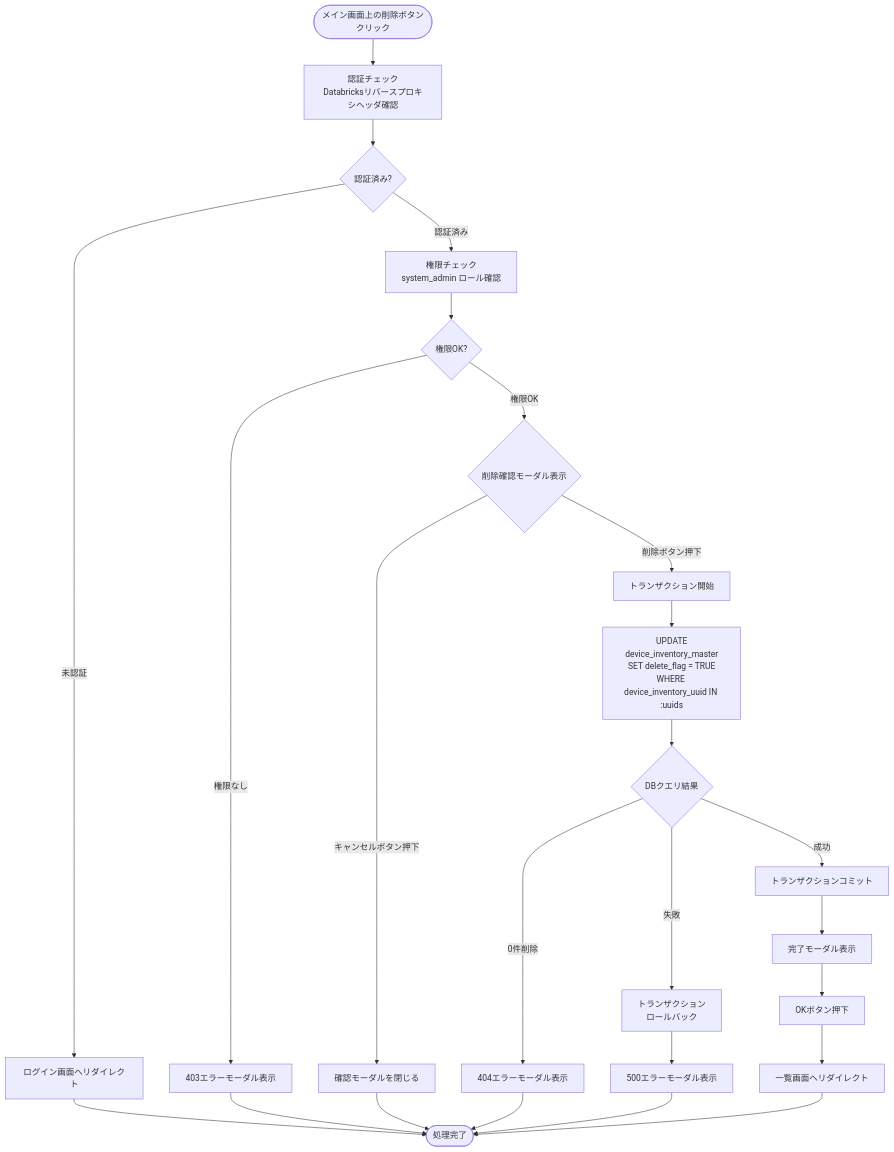
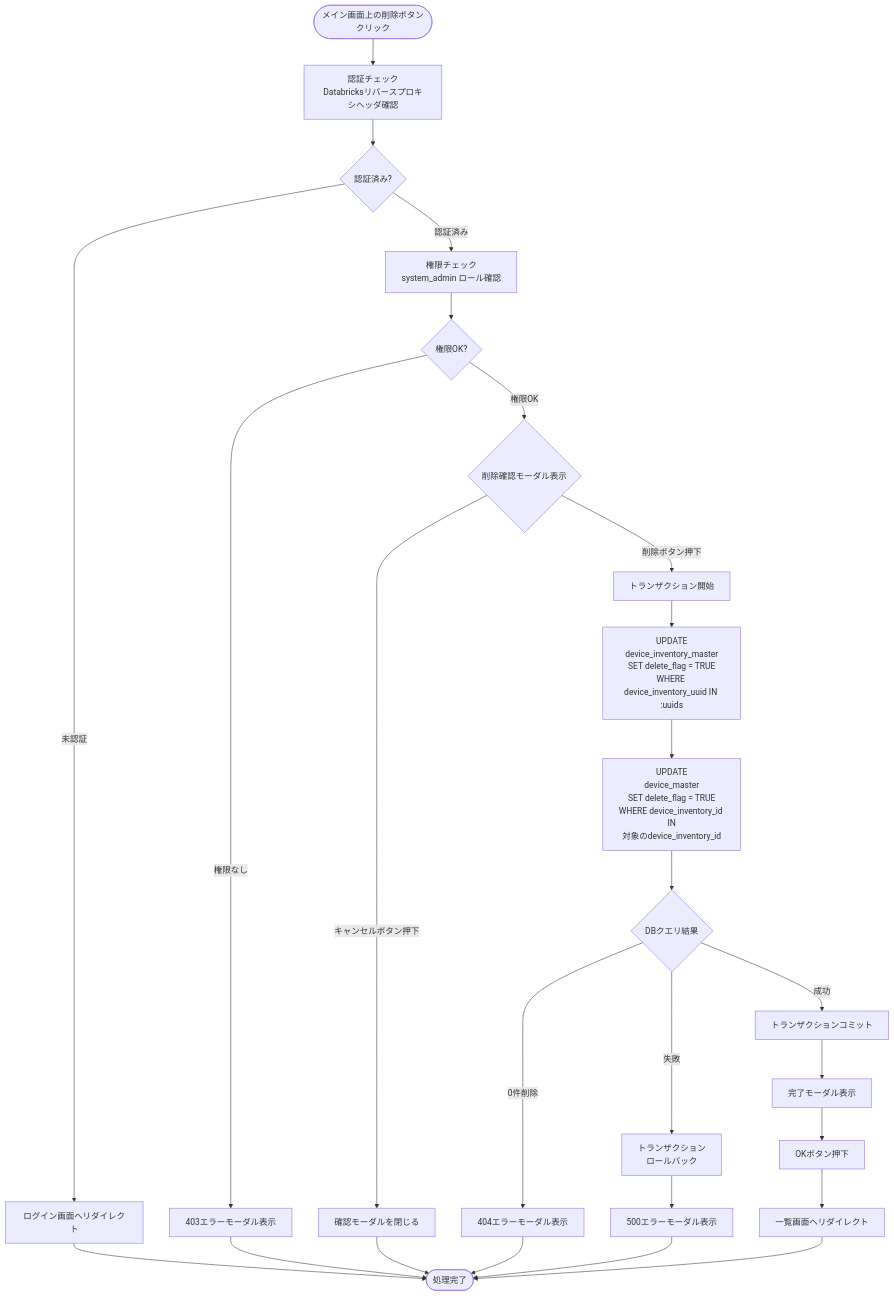
Before and after one commit to NSW-SVCP-AIWG002/Databricks-IoT: the seventh of 9 diagrams in docs/03-features/flask-app/device-inventory/workflow-specification.md, drawn with Mermaid. The commit also changed other lines of this file and 3 other files, not shown here.

````diff
--- a/docs/03-features/flask-app/device-inventory/workflow-specification.md
+++ b/docs/03-features/flask-app/device-inventory/workflow-specification.md
@@ -690,33 +781,34 @@
 ```mermaid
 flowchart TD
     Start([メイン画面上の削除ボタン<br>クリック]) --> Auth[認証チェック<br>Databricksリバースプロキシヘッダ確認]
     Auth --> CheckAuth{認証済み?}
     CheckAuth -->|未認証| Error401[ログイン画面へリダイレクト]
     Error401 --> End([処理完了])
 
     CheckAuth -->|認証済み| Permission[権限チェック<br>system_admin ロール確認]
     Permission --> CheckPerm{権限OK?}
     CheckPerm -->|権限なし| Error403[403エラーモーダル表示]
     Error403 --> End
 
     CheckPerm -->|権限OK| OpenModal{削除確認モーダル表示}
     OpenModal -->|キャンセルボタン押下| CloseModal[確認モーダルを閉じる]
     CloseModal --> End
 
     OpenModal -->|削除ボタン押下| StartTx[トランザクション開始]
-    StartTx --> Delete[UPDATE<br>device_inventory_master<br>SET delete_flag = TRUE<br>WHERE device_inventory_uuid IN :uuids]
-    Delete --> Query{DBクエリ結果}
+    StartTx --> DeleteInventory[UPDATE<br>device_inventory_master<br>SET delete_flag = TRUE<br>WHERE device_inventory_uuid IN :uuids]
+    DeleteInventory --> DeleteDevice[UPDATE<br>device_master<br>SET delete_flag = TRUE<br>WHERE device_inventory_id IN<br>対象のdevice_inventory_id]
+    DeleteDevice --> Query{DBクエリ結果}
 
     Query -->|0件削除| Error404[404エラーモーダル表示]
     Error404 --> End
 
     Query -->|失敗| Rollback[トランザクション<br>ロールバック]
     Rollback --> Error500[500エラーモーダル表示]
     Error500 --> End
 
     Query -->|成功| Commit[トランザクションコミット]
     Commit --> ShowModal[完了モーダル表示]
     ShowModal --> ClickOK[OKボタン押下]
     ClickOK --> Redirect[一覧画面へリダイレクト]
     Redirect --> End
 ```
````
